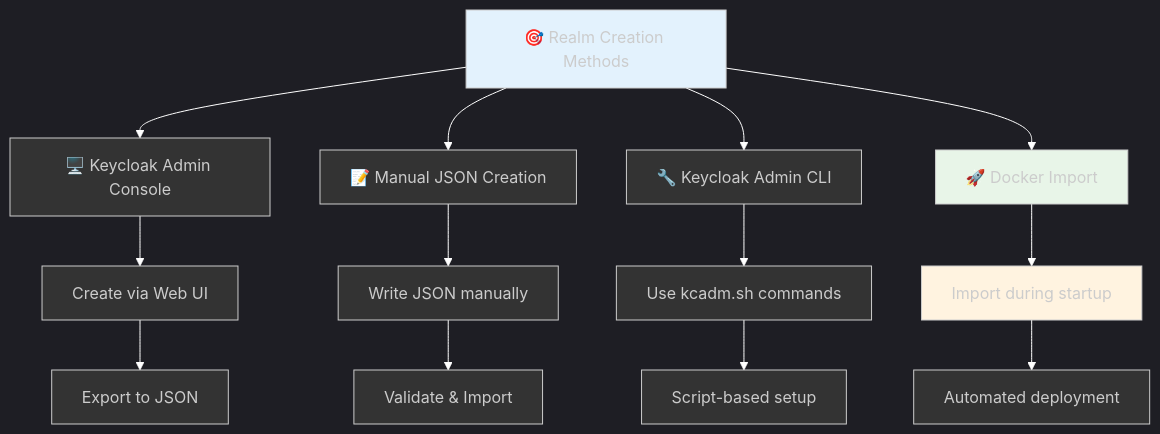
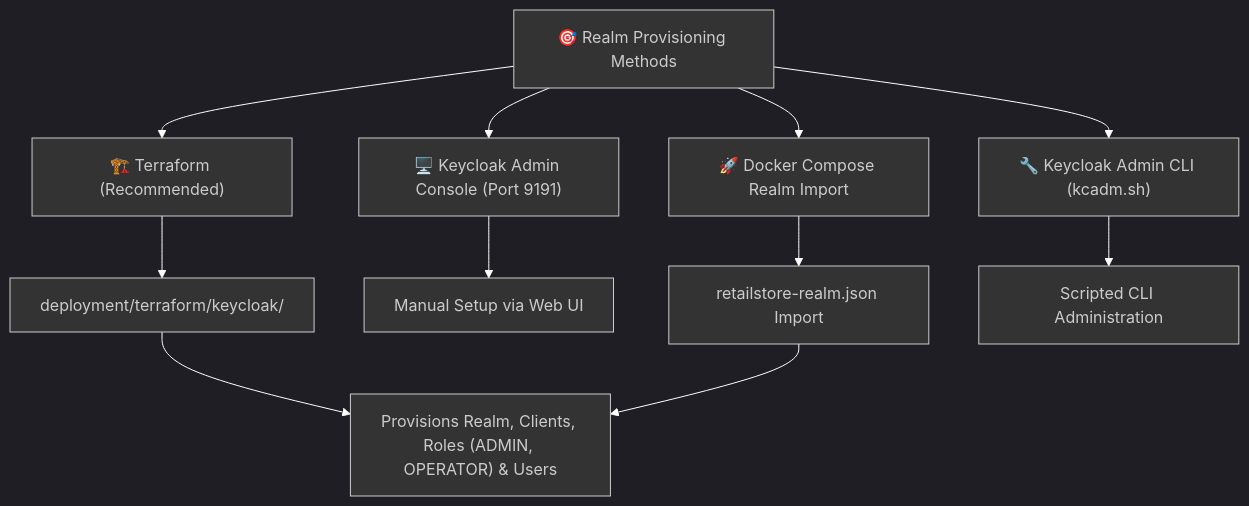
Before and after one commit to rajadilipkolli/spring-boot-microservices-series-v2: the first of 4 diagrams in retail-store-webapp/Keycloak-Realm-Configuration-Explained.md, drawn with Mermaid. The commit also changed other lines of this file and 50 other files, not shown here.

````diff
--- a/retail-store-webapp/Keycloak-Realm-Configuration-Explained.md
+++ b/retail-store-webapp/Keycloak-Realm-Configuration-Explained.md
@@ -13,22 +13,16 @@
 ```mermaid
 %%{init: {'theme':'dark', 'themeVariables': {'primaryColor': '#333333', 'primaryTextColor': '#ffffff', 'primaryBorderColor': '#ffffff', 'lineColor': '#ffffff', 'secondaryColor': '#444444', 'tertiaryColor': '#555555', 'background': '#000000', 'mainBkg': '#333333', 'secondBkg': '#444444', 'tertiaryBkg': '#555555'}}}%%
 flowchart TD
-    A[🎯 Realm Creation Methods] --> B[🖥️ Keycloak Admin Console]
-    A --> C[📝 Manual JSON Creation]
-    A --> D[🔧 Keycloak Admin CLI]
-    A --> E[🚀 Docker Import]
+    A["🎯 Realm Provisioning Methods"] --> B["🏗️ Terraform (Recommended)"]
+    A --> C["🖥️ Keycloak Admin Console (Port 9191)"]
+    A --> D["🚀 Docker Compose Realm Import"]
+    A --> E["🔧 Keycloak Admin CLI (kcadm.sh)"]
     
-    B --> F[Create via Web UI]
-    C --> G[Write JSON manually]
-    D --> H[Use kcadm.sh commands]
-    E --> I[Import during startup]
+    B --> F["deployment/terraform/keycloak/"]
+    C --> G["Manual Setup via Web UI"]
+    D --> H["retailstore-realm.json Import"]
+    E --> I["Scripted CLI Administration"]
     
-    F --> J[Export to JSON]
-    G --> K[Validate & Import]
-    H --> L[Script-based setup]
-    I --> M[Automated deployment]
-    
-    style A fill:#e3f2fd
-    style E fill:#e8f5e8
-    style I fill:#fff3e0
+    F --> J["Provisions Realm, Clients, Roles (ADMIN, OPERATOR) & Users"]
+    H --> J
 ```
````
